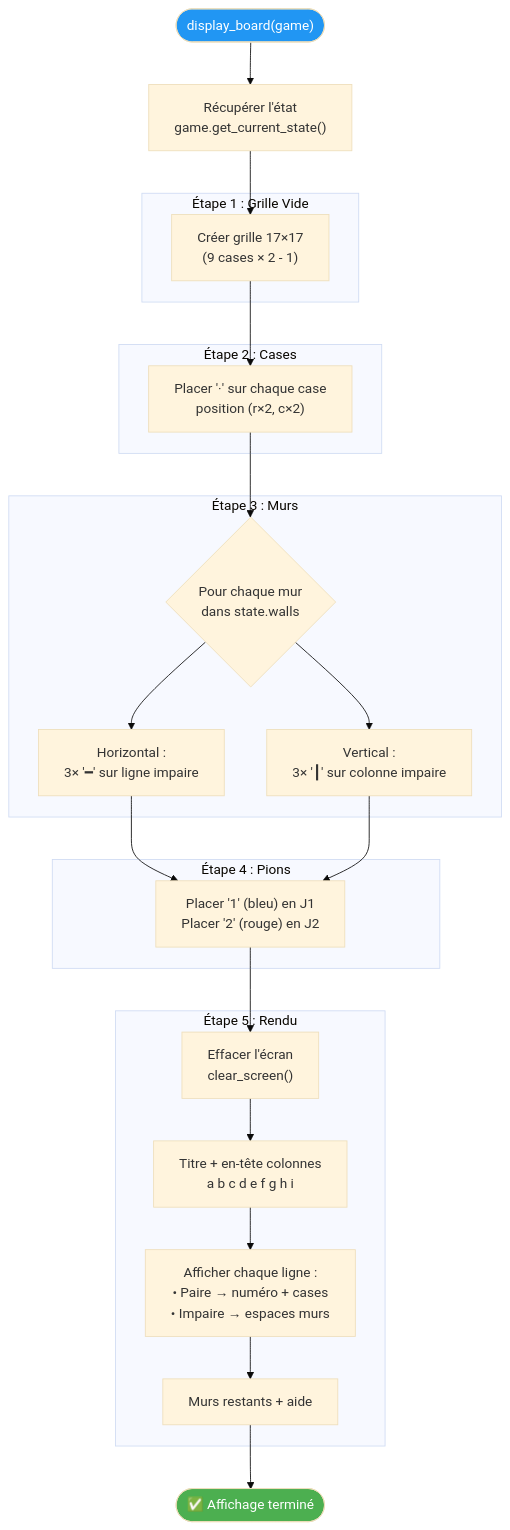
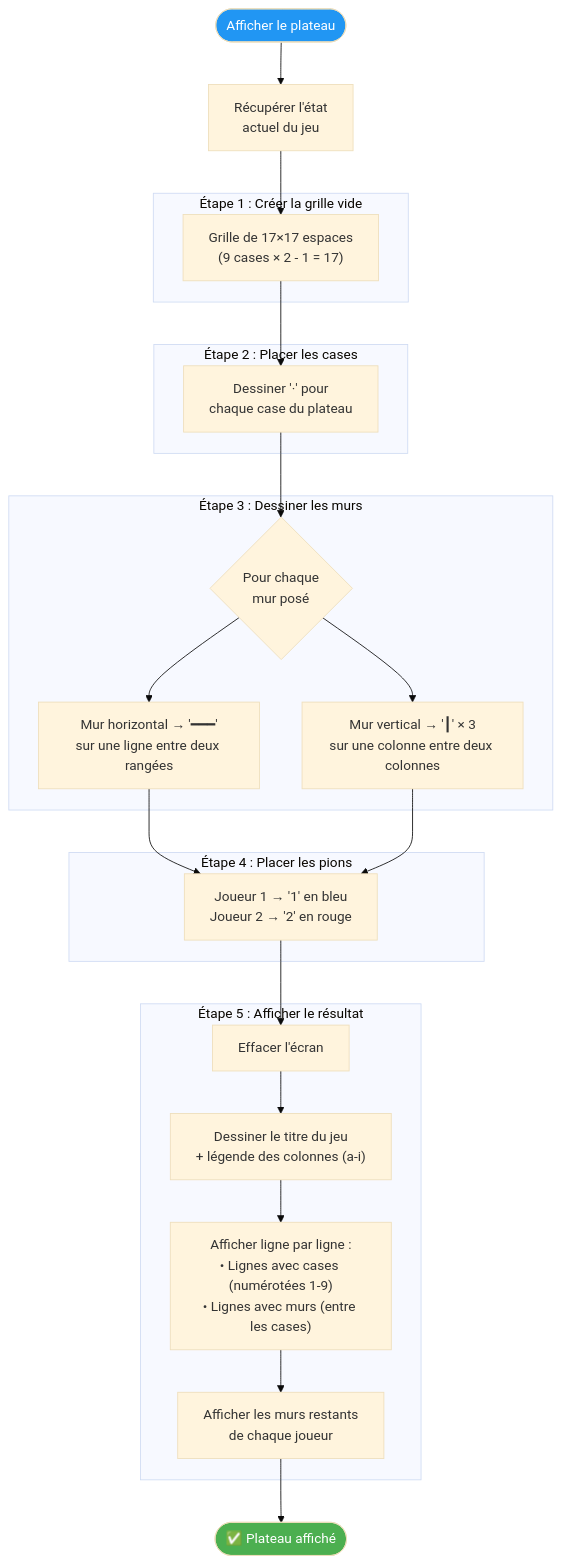
The fourth of 5 diagrams in flowcharts/04_plateau.md (Silou1/Projet_mecatronique_I3), drawn with Mermaid (base theme) before and after one commit. The commit also changed other lines of this file and 3 other files, not shown here.

Commit message:
docs: simplify flowcharts with plain-language descriptions

````diff
--- a/flowcharts/04_plateau.md
+++ b/flowcharts/04_plateau.md
@@ -107,45 +115,45 @@
 ```mermaid
 flowchart TD
-    START(["display_board(game)"]) --> STATE["Récupérer l'état<br/>game.get_current_state()"]
+    START(["Afficher le plateau"]) --> STATE["Récupérer l'état<br/>actuel du jeu"]
 
     STATE --> STEP1
 
-    subgraph "Étape 1 : Grille Vide"
-        STEP1["Créer grille 17×17<br/>(9 cases × 2 - 1)"]
+    subgraph "Étape 1 : Créer la grille vide"
+        STEP1["Grille de 17×17 espaces<br/>(9 cases × 2 - 1 = 17)"]
     end
 
     STEP1 --> STEP2
 
-    subgraph "Étape 2 : Cases"
-        STEP2["Placer '·' sur chaque case<br/>position (r×2, c×2)"]
+    subgraph "Étape 2 : Placer les cases"
+        STEP2["Dessiner '·' pour<br/>chaque case du plateau"]
     end
 
     STEP2 --> STEP3
 
-    subgraph "Étape 3 : Murs"
-        STEP3{"Pour chaque mur<br/>dans state.walls"}
-        STEP3 --> H_WALL["Horizontal :<br/>3× '━' sur ligne impaire"]
-        STEP3 --> V_WALL["Vertical :<br/>3× '┃' sur colonne impaire"]
+    subgraph "Étape 3 : Dessiner les murs"
+        STEP3{"Pour chaque<br/>mur posé"}
+        STEP3 --> H_WALL["Mur horizontal → '━━━'<br/>sur une ligne entre deux rangées"]
+        STEP3 --> V_WALL["Mur vertical → '┃' × 3<br/>sur une colonne entre deux colonnes"]
     end
 
     H_WALL --> STEP4
     V_WALL --> STEP4
 
-    subgraph "Étape 4 : Pions"
-        STEP4["Placer '1' (bleu) en J1<br/>Placer '2' (rouge) en J2"]
+    subgraph "Étape 4 : Placer les pions"
+        STEP4["Joueur 1 → '1' en bleu<br/>Joueur 2 → '2' en rouge"]
     end
 
     STEP4 --> STEP5
 
-    subgraph "Étape 5 : Rendu"
-        STEP5["Effacer l'écran<br/>clear_screen()"]
-        STEP5 --> HEADER["Titre + en-tête colonnes<br/>a b c d e f g h i"]
-        HEADER --> ROWS["Afficher chaque ligne :<br/>• Paire → numéro + cases<br/>• Impaire → espaces murs"]
-        ROWS --> INFO["Murs restants + aide"]
+    subgraph "Étape 5 : Afficher le résultat"
+        STEP5["Effacer l'écran"]
+        STEP5 --> HEADER["Dessiner le titre du jeu<br/>+ légende des colonnes (a-i)"]
+        HEADER --> ROWS["Afficher ligne par ligne :<br/>• Lignes avec cases (numérotées 1-9)<br/>• Lignes avec murs (entre les cases)"]
+        ROWS --> INFO["Afficher les murs restants<br/>de chaque joueur"]
     end
 
-    INFO --> DONE(["✅ Affichage terminé"])
+    INFO --> DONE(["✅ Plateau affiché"])
 
     style START fill:#2196F3,color:#fff
     style DONE fill:#4CAF50,color:#fff
 ```
````
